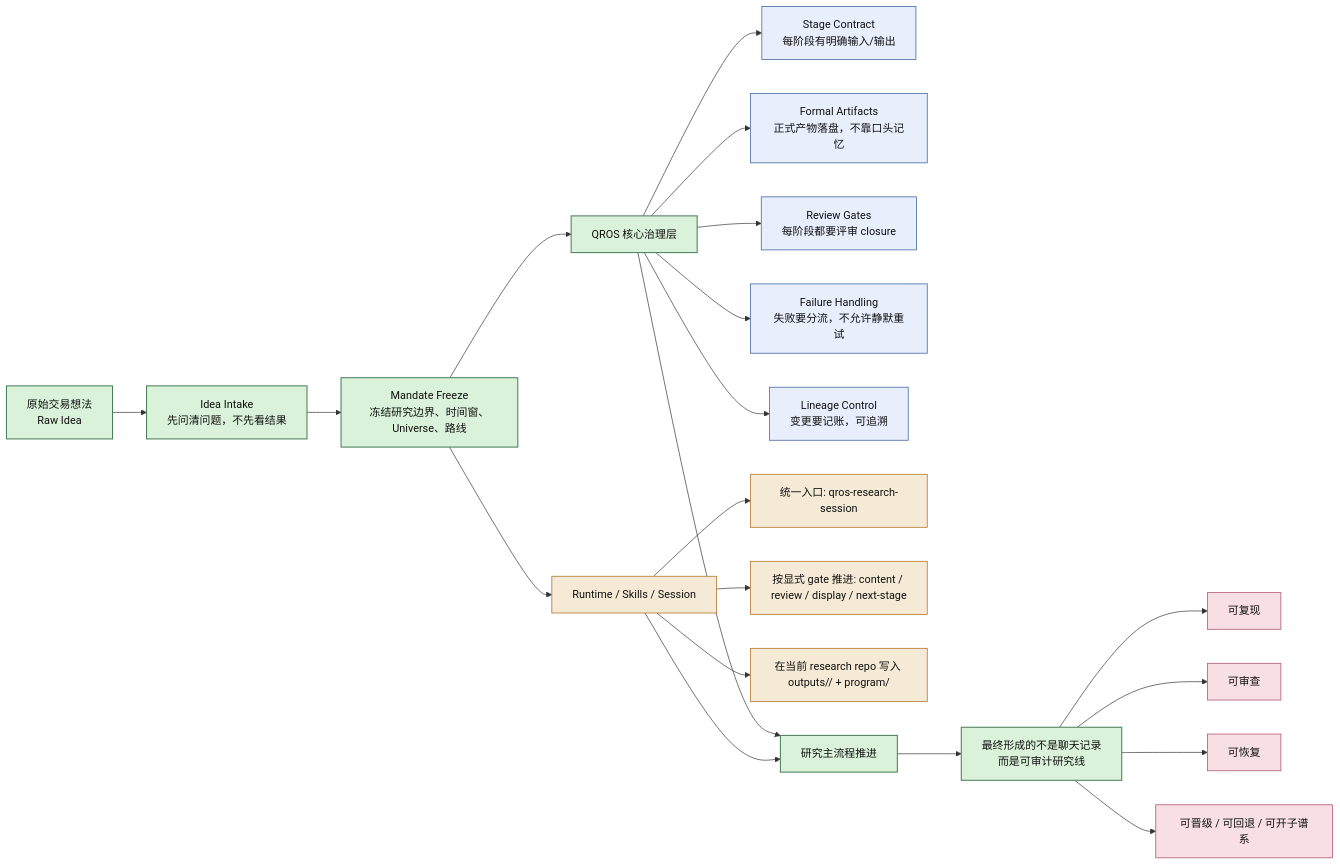
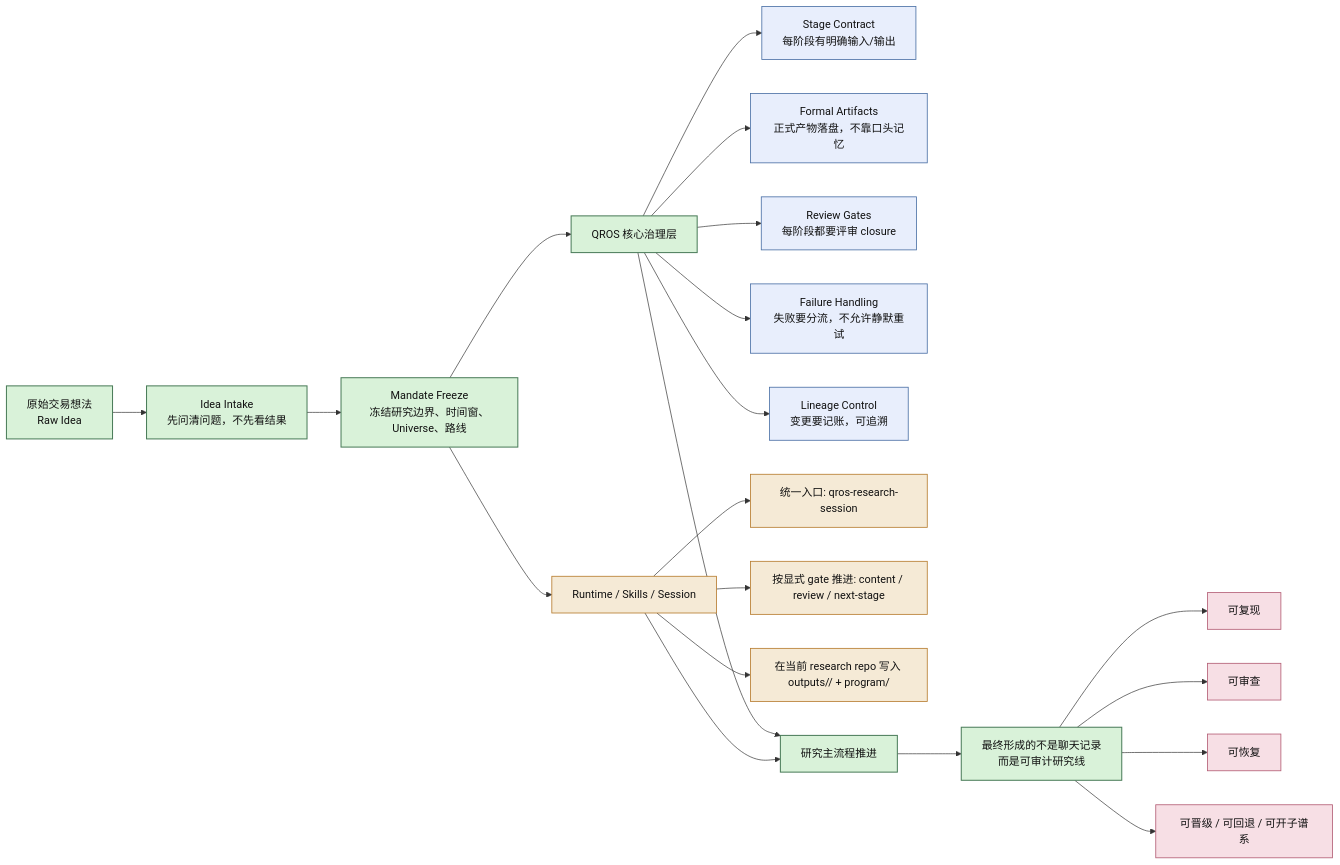
Before and after one commit to web3qt/quant-research-os: the first of 2 diagrams in docs/show/README.md, drawn with Mermaid. The commit also changed 3 other files, not shown here.

First line of the commit message:
Remove mandatory display from research session stage flow

````diff
--- a/docs/show/README.md
+++ b/docs/show/README.md
@@ -37,38 +37,38 @@
 ```mermaid
 flowchart LR
     A["原始交易想法<br/>Raw Idea"] --> B["Idea Intake<br/>先问清问题，不先看结果"]
     B --> C["Mandate Freeze<br/>冻结研究边界、时间窗、Universe、路线"]
 
     C --> D["QROS 核心治理层"]
 
     D --> D1["Stage Contract<br/>每阶段有明确输入/输出"]
     D --> D2["Formal Artifacts<br/>正式产物落盘，不靠口头记忆"]
     D --> D3["Review Gates<br/>每阶段都要评审 closure"]
     D --> D4["Failure Handling<br/>失败要分流，不允许静默重试"]
     D --> D5["Lineage Control<br/>变更要记账，可追溯"]
 
     C --> E["Runtime / Skills / Session"]
     E --> E1["统一入口: qros-research-session"]
-    E --> E2["按显式 gate 推进: content / review / display / next-stage"]
+    E --> E2["按显式 gate 推进: content / review / next-stage"]
     E --> E3["在当前 research repo 写入 outputs/<lineage_id>/ + program/"]
 
     D --> F["研究主流程推进"]
     E --> F
 
     F --> G["最终形成的不是聊天记录<br/>而是可审计研究线"]
 
     G --> G1["可复现"]
     G --> G2["可审查"]
     G --> G3["可恢复"]
     G --> G4["可晋级 / 可回退 / 可开子谱系"]
 
     classDef main fill:#d9f2d9,stroke:#4a7c59,stroke-width:1.5px,color:#111;
     classDef control fill:#e8eefc,stroke:#4a6fa5,stroke-width:1.2px,color:#111;
     classDef runtime fill:#f5ead6,stroke:#b67b2d,stroke-width:1.2px,color:#111;
     classDef outcome fill:#f7dfe5,stroke:#b35d74,stroke-width:1.2px,color:#111;
 
     class A,B,C,D,F,G main;
     class D1,D2,D3,D4,D5 control;
     class E,E1,E2,E3 runtime;
     class G1,G2,G3,G4 outcome;
 ```
````
